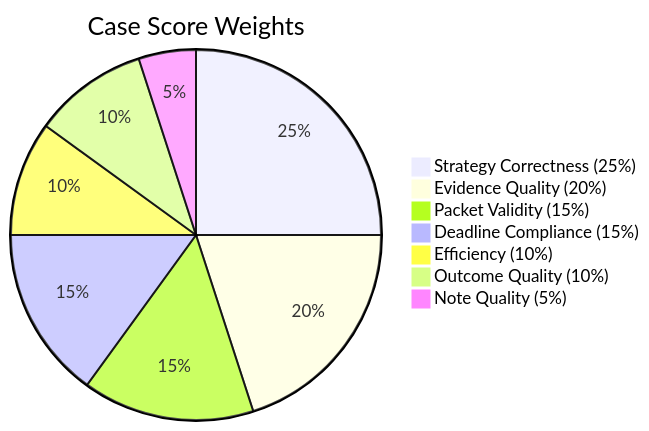
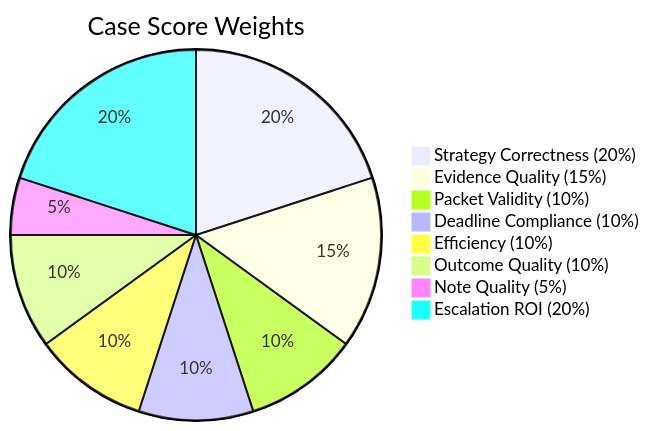
Before and after one commit to MitudruDutta/chargebackops: the third of 3 diagrams in README.md, drawn with Mermaid. The commit also changed other lines of this file and 21 other files, not shown here.

First line of the commit message:
feat: tighten EscalationROI, add ambiguous medium case, LLM note judge wrapper

````diff
--- a/README.md
+++ b/README.md
@@ -59,10 +96,11 @@
 ```mermaid
 pie title Case Score Weights
-    "Strategy Correctness (25%)" : 25
-    "Evidence Quality (20%)" : 20
-    "Packet Validity (15%)" : 15
-    "Deadline Compliance (15%)" : 15
+    "Strategy Correctness (20%)" : 20
+    "Evidence Quality (15%)" : 15
+    "Packet Validity (10%)" : 10
+    "Deadline Compliance (10%)" : 10
     "Efficiency (10%)" : 10
     "Outcome Quality (10%)" : 10
     "Note Quality (5%)" : 5
+    "Escalation ROI (20%)" : 20
 ```
````
